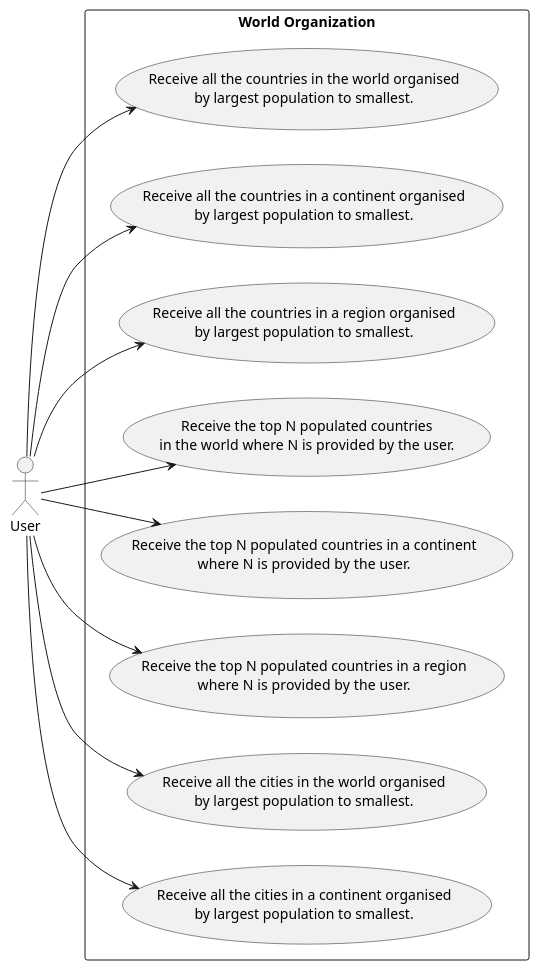
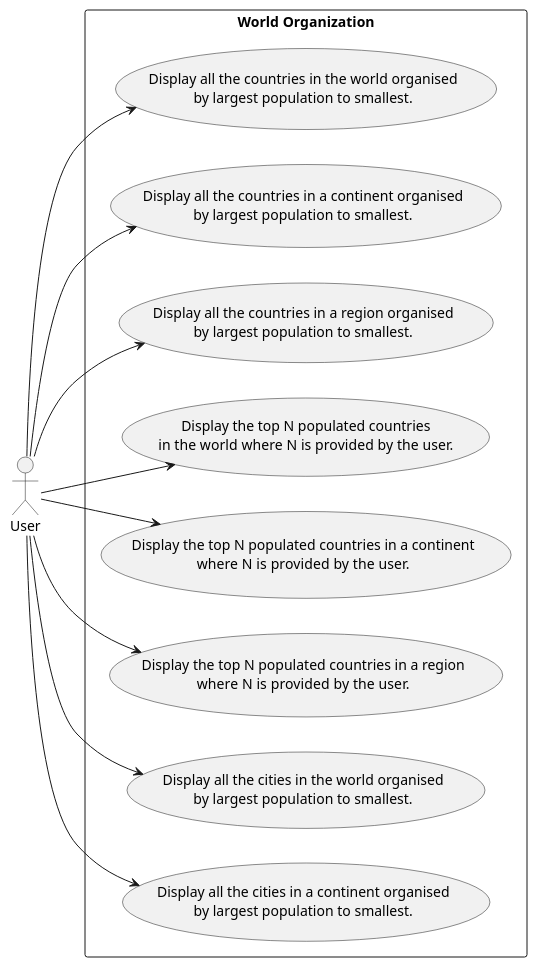
One commit to Ngwe-Yee/group5 changed the diagram in use-case/group5.puml. Above: the diagram before and after it, drawn with PlantUML. The commit also changed 2 other files, not shown here.

```diff
--- a/use-case/group5.puml
+++ b/use-case/group5.puml
@@ -1,37 +1,37 @@
 @startuml
 
 left to right direction
 actor User as "User"
 
 
 
 rectangle "World Organization" {
-    usecase UC4 as "Receive all the countries in the world organised
+    usecase UC4 as "Display all the countries in the world organised
                         by largest population to smallest."
-    usecase UC5 as "Receive all the countries in a continent organised
+    usecase UC5 as "Display all the countries in a continent organised
                         by largest population to smallest."
-    usecase UC6 as "Receive all the countries in a region organised
+    usecase UC6 as "Display all the countries in a region organised
                         by largest population to smallest."
-    usecase UC7 as "Receive the top N populated countries
+    usecase UC7 as "Display the top N populated countries
                         in the world where N is provided by the user."
-    usecase UC8 as "Receive the top N populated countries in a continent
+    usecase UC8 as "Display the top N populated countries in a continent
                                 where N is provided by the user."
-    usecase UC9 as "Receive the top N populated countries in a region
+    usecase UC9 as "Display the top N populated countries in a region
                                 where N is provided by the user."
-    usecase UC10 as "Receive all the cities in the world organised
+    usecase UC10 as "Display all the cities in the world organised
                                   by largest population to smallest."
-    usecase UC11 as "Receive all the cities in a continent organised
+    usecase UC11 as "Display all the cities in a continent organised
                                 by largest population to smallest."
 
 
     User --> UC4
     User --> UC5
     User --> UC6
     User --> UC7
     User --> UC8
     User --> UC9
     User --> UC10
     User --> UC11
 }
 
 @endum
```
